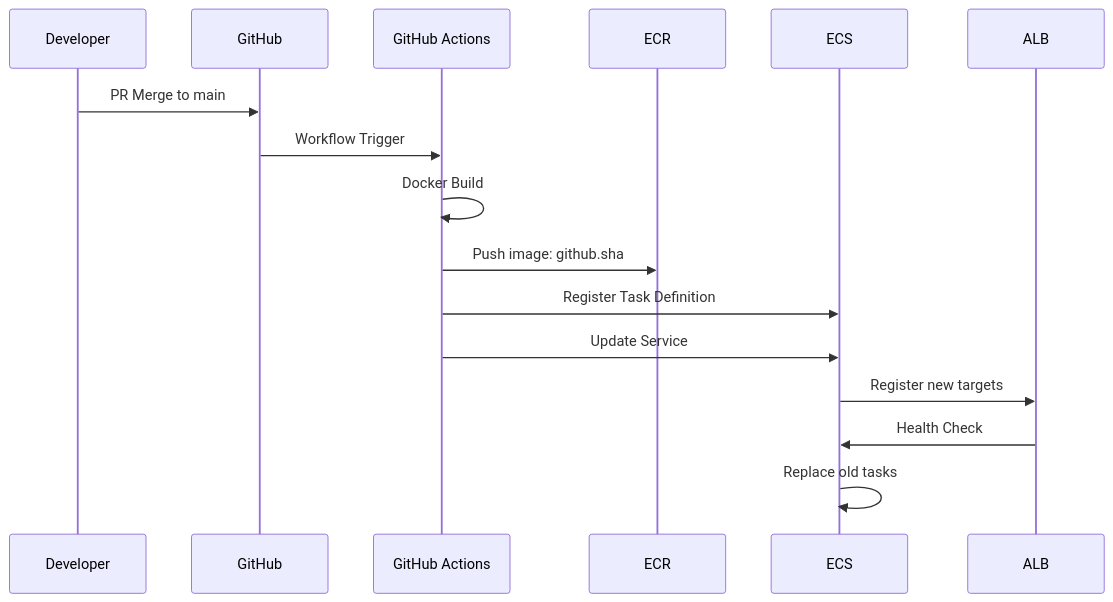
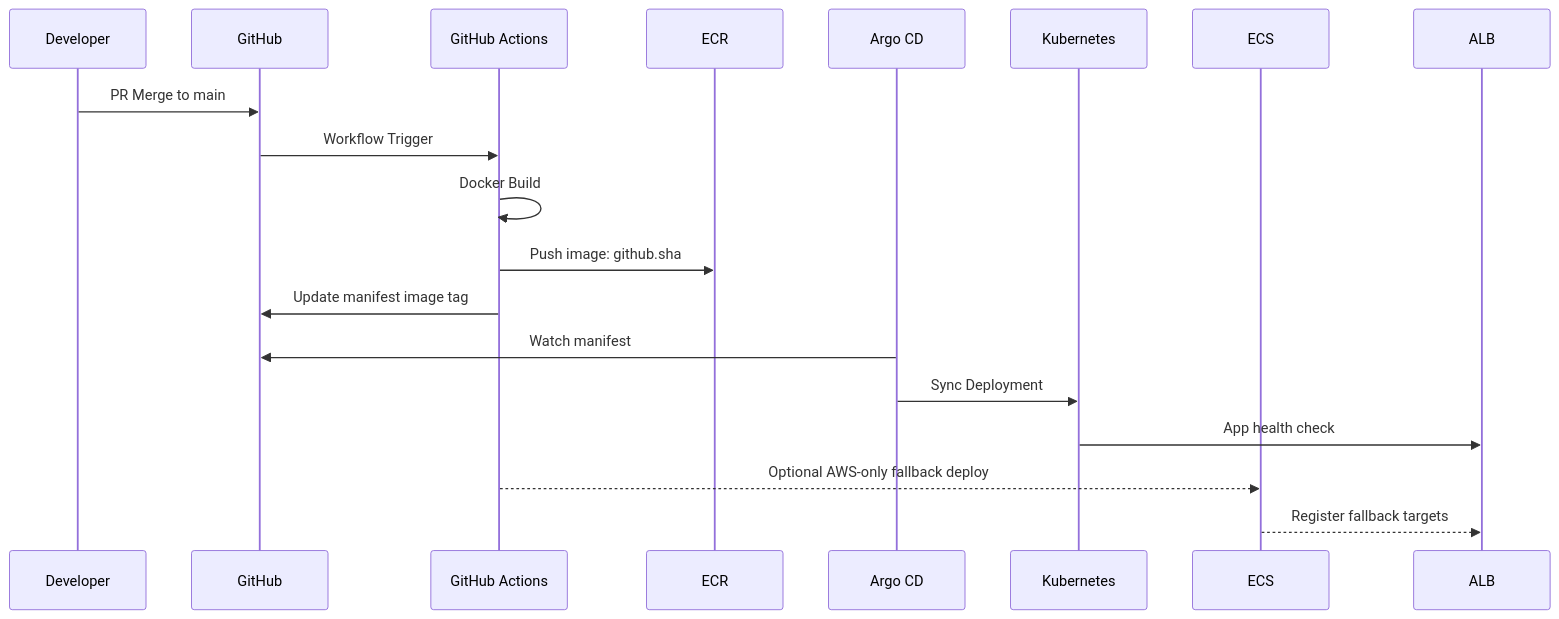
One commit to KosaCloudTeam2/infra-platform changed the fifth of 7 diagrams in docs/01_architecture.md. Above: the diagram before and after it, drawn with Mermaid. The commit also changed other lines of this file and 21 other files, not shown here.

````diff
--- a/docs/01_architecture.md
+++ b/docs/01_architecture.md
@@ -461,19 +462,22 @@
 ```mermaid
 sequenceDiagram
     participant Dev as Developer
     participant GH as GitHub
     participant GA as GitHub Actions
     participant ECR as ECR
+    participant Argo as Argo CD
+    participant K8s as Kubernetes
     participant ECS as ECS
     participant ALB as ALB
 
     Dev->>GH: PR Merge to main
     GH->>GA: Workflow Trigger
     GA->>GA: Docker Build
     GA->>ECR: Push image: github.sha
-    GA->>ECS: Register Task Definition
-    GA->>ECS: Update Service
-    ECS->>ALB: Register new targets
-    ALB->>ECS: Health Check
-    ECS->>ECS: Replace old tasks
+    GA->>GH: Update manifest image tag
+    Argo->>GH: Watch manifest
+    Argo->>K8s: Sync Deployment
+    K8s->>ALB: App health check
+    GA-->>ECS: Optional AWS-only fallback deploy
+    ECS-->>ALB: Register fallback targets
 ```
````
